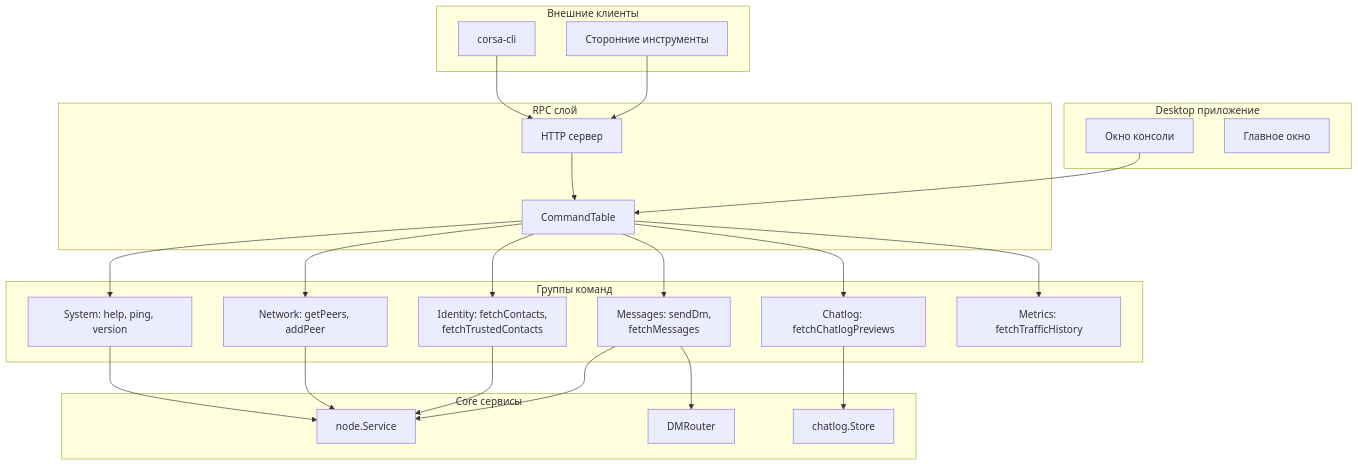
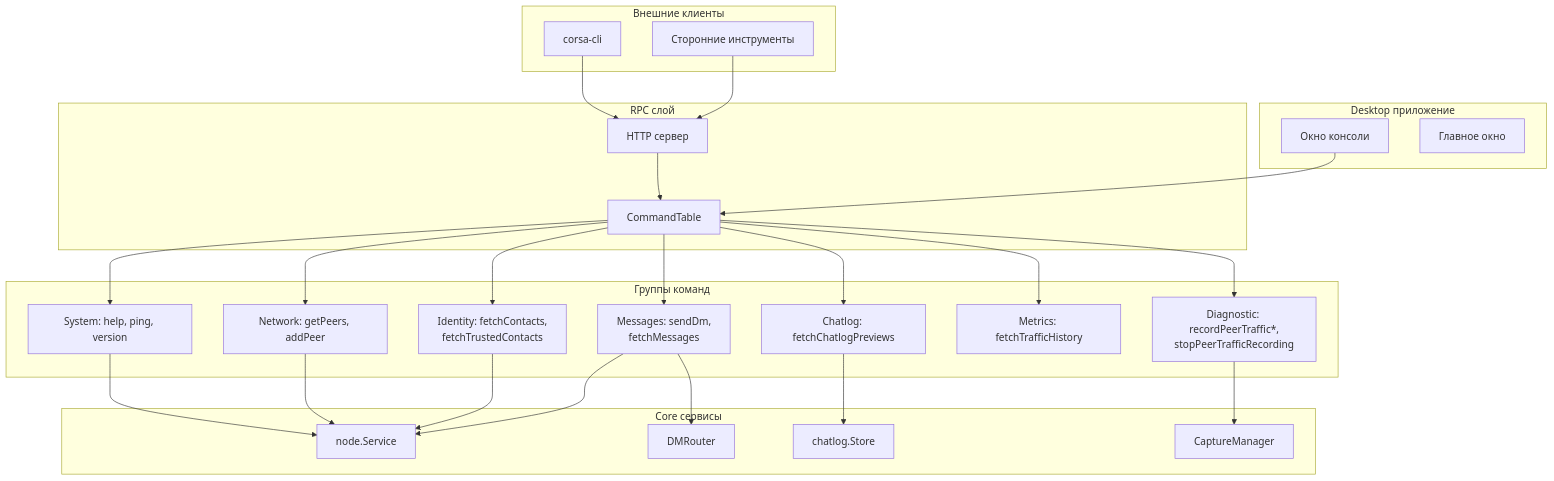
Before and after one commit to piratecash/corsa: the tenth of 10 diagrams in docs/ui.md, drawn with Mermaid. The commit also changed other lines of this file and 30 other files, not shown here.

First line of the commit message:
feat(peer_traffic_capture): add built-in peer wire recording and capture diagnostics

````diff
--- a/docs/ui.md
+++ b/docs/ui.md
@@ -547,49 +561,53 @@
 ```mermaid
 flowchart TD
     subgraph External["Внешние клиенты"]
         CLI[corsa-cli]
         API[Сторонние инструменты]
     end
 
     subgraph Desktop["Desktop приложение"]
         CON[Окно консоли]
         WIN[Главное окно]
     end
 
     subgraph RPC["RPC слой"]
         HTTP[HTTP сервер]
         CMD[CommandTable]
     end
 
     subgraph Commands["Группы команд"]
         SYS[System: help, ping, version]
         NET[Network: getPeers, addPeer]
         ID[Identity: fetchContacts,<br/>fetchTrustedContacts]
         MSG[Messages: sendDm,<br/>fetchMessages]
         CHAT[Chatlog: fetchChatlogPreviews]
         METRICS[Metrics: fetchTrafficHistory]
+        DIAG[Diagnostic: recordPeerTraffic*,<br/>stopPeerTrafficRecording]
     end
 
     subgraph Core["Core сервисы"]
         NODE[node.Service]
         ROUTER[DMRouter]
         CHATLOG[chatlog.Store]
+        CAP[CaptureManager]
     end
 
     CLI --> HTTP
     API --> HTTP
     HTTP --> CMD
     CON --> CMD
     CMD --> SYS
     CMD --> NET
     CMD --> ID
     CMD --> MSG
     CMD --> CHAT
     CMD --> METRICS
+    CMD --> DIAG
     SYS --> NODE
     NET --> NODE
     ID --> NODE
     MSG --> NODE
     MSG --> ROUTER
     CHAT --> CHATLOG
+    DIAG --> CAP
 ```
````
